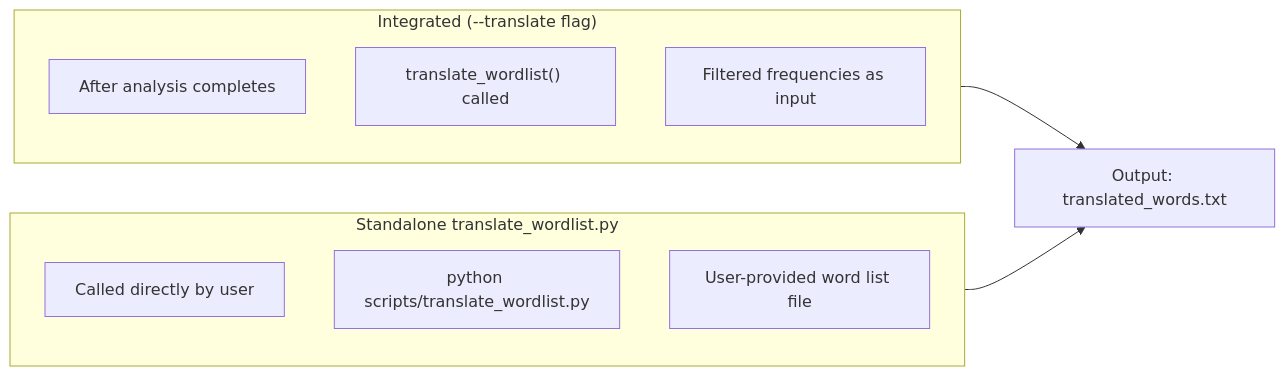
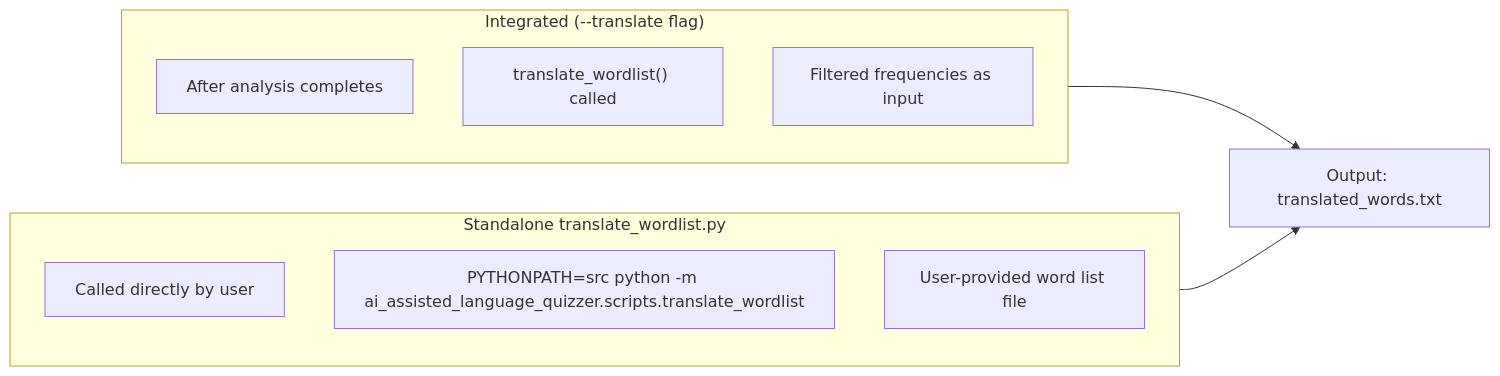
One commit to stratus-ss/ai_assisted_language_quizzer changed the seventh of 17 diagrams in CODEFLOW.md. Above: the diagram before and after it, drawn with Mermaid. The commit also changed other lines of this file and 1 other file, not shown here.

````diff
--- a/CODEFLOW.md
+++ b/CODEFLOW.md
@@ -228,17 +227,17 @@
 ```mermaid
 flowchart LR
     subgraph Integrated ["Integrated (--translate flag)"]
         I1["After analysis completes"]
         I2["translate_wordlist() called"]
         I3["Filtered frequencies as input"]
     end
     
     subgraph Standalone ["Standalone translate_wordlist.py"]
         S1["Called directly by user"]
-        S2["python scripts/translate_wordlist.py"]
+        S2["PYTHONPATH=src python -m ai_assisted_language_quizzer.scripts.translate_wordlist"]
         S3["User-provided word list file"]
     end
     
     Integrated --> O["Output: translated_words.txt"]
     Standalone --> O
 ```
````
